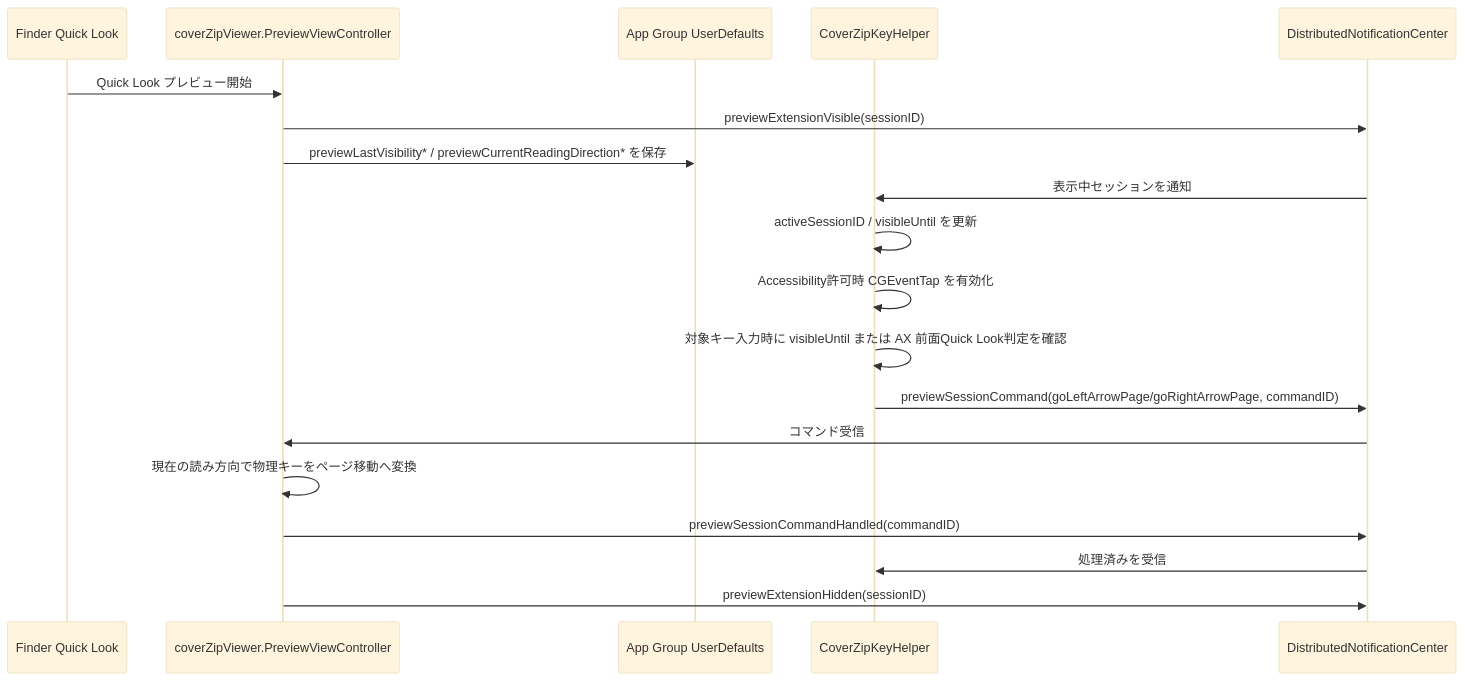
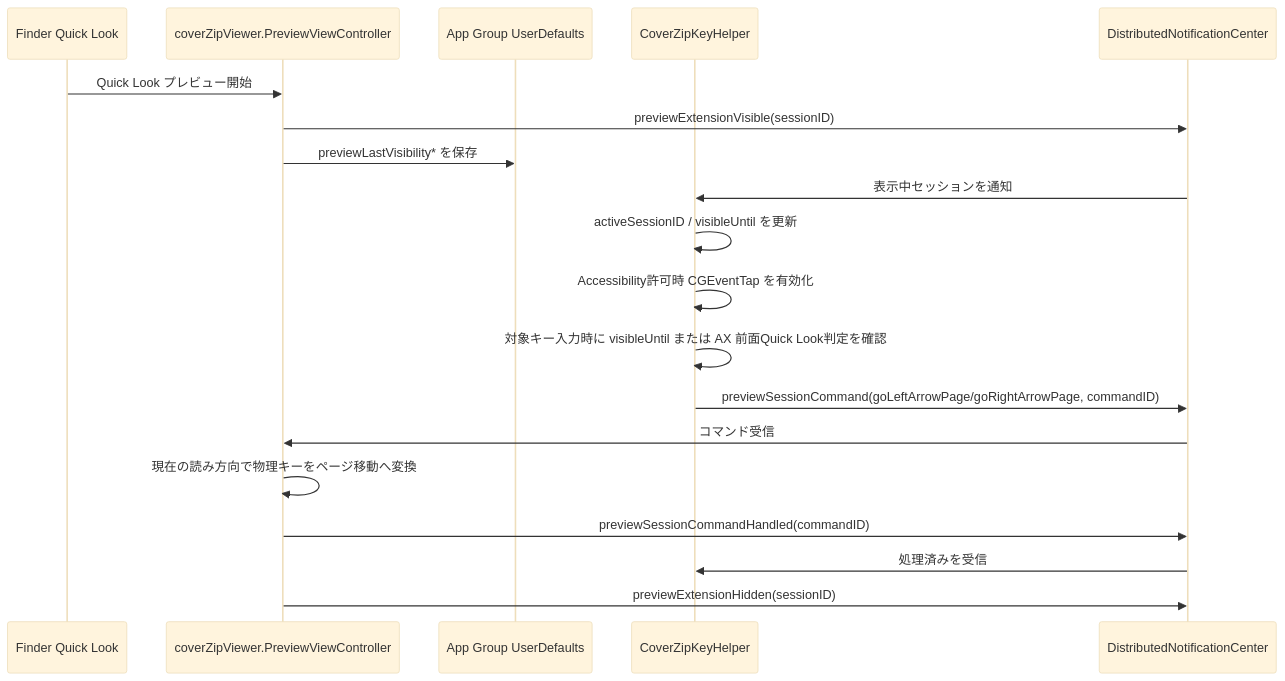
The fourth of 6 diagrams in flow.md (Nihondo/CoverZip), drawn with Mermaid (base theme) before and after one commit. The commit also changed other lines of this file and 5 other files, not shown here.

````diff
--- a/flow.md
+++ b/flow.md
@@ -115,22 +115,22 @@
 ```mermaid
 sequenceDiagram
     participant Finder as Finder Quick Look
     participant Preview as coverZipViewer.PreviewViewController
     participant Defaults as App Group UserDefaults
     participant Key as CoverZipKeyHelper
     participant DNC as DistributedNotificationCenter
 
     Finder->>Preview: Quick Look プレビュー開始
     Preview->>DNC: previewExtensionVisible(sessionID)
-    Preview->>Defaults: previewLastVisibility* / previewCurrentReadingDirection* を保存
+    Preview->>Defaults: previewLastVisibility* を保存
     DNC->>Key: 表示中セッションを通知
     Key->>Key: activeSessionID / visibleUntil を更新
     Key->>Key: Accessibility許可時 CGEventTap を有効化
     Key->>Key: 対象キー入力時に visibleUntil または AX 前面Quick Look判定を確認
     Key->>DNC: previewSessionCommand(goLeftArrowPage/goRightArrowPage, commandID)
     DNC->>Preview: コマンド受信
     Preview->>Preview: 現在の読み方向で物理キーをページ移動へ変換
     Preview->>DNC: previewSessionCommandHandled(commandID)
     DNC->>Key: 処理済みを受信
     Preview->>DNC: previewExtensionHidden(sessionID)
 ```
````
